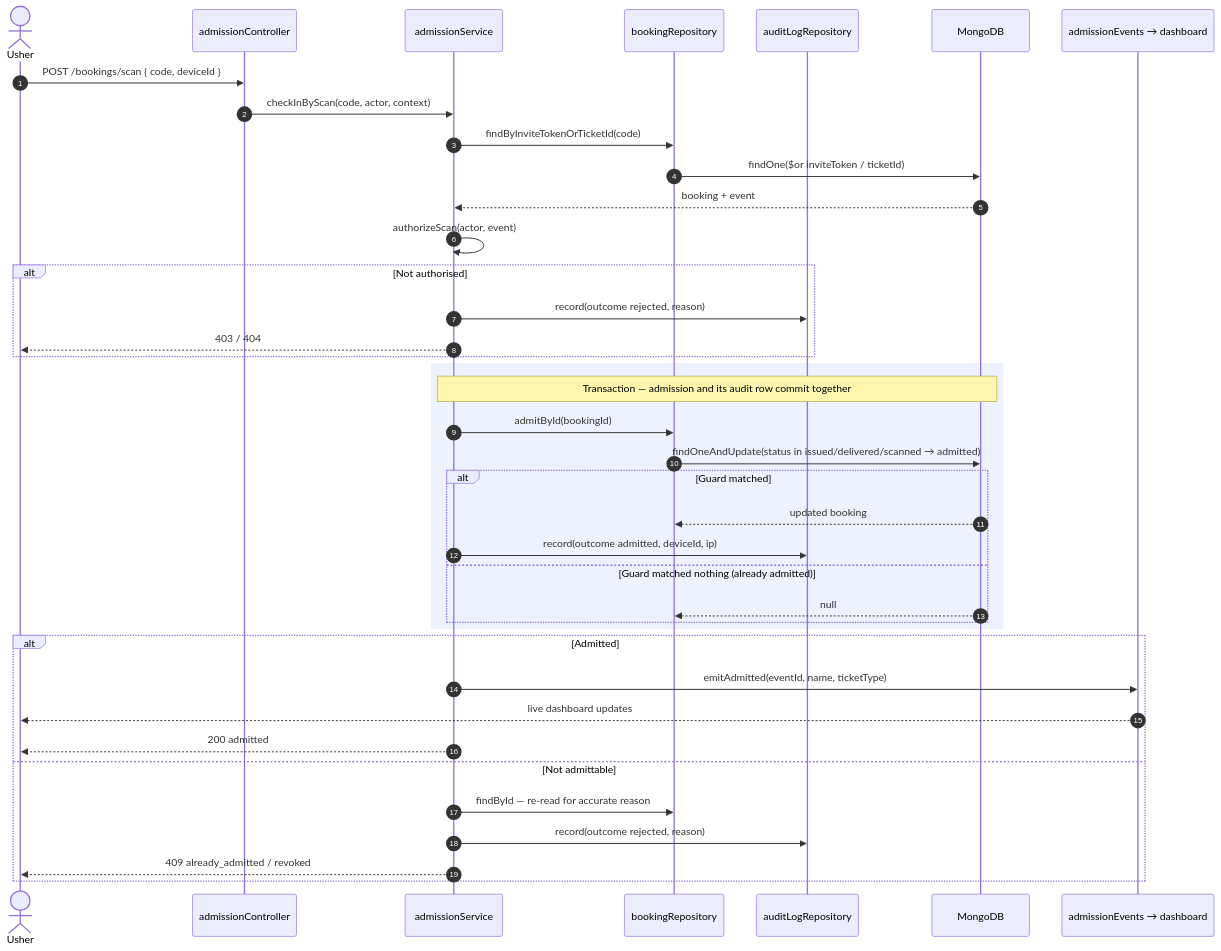
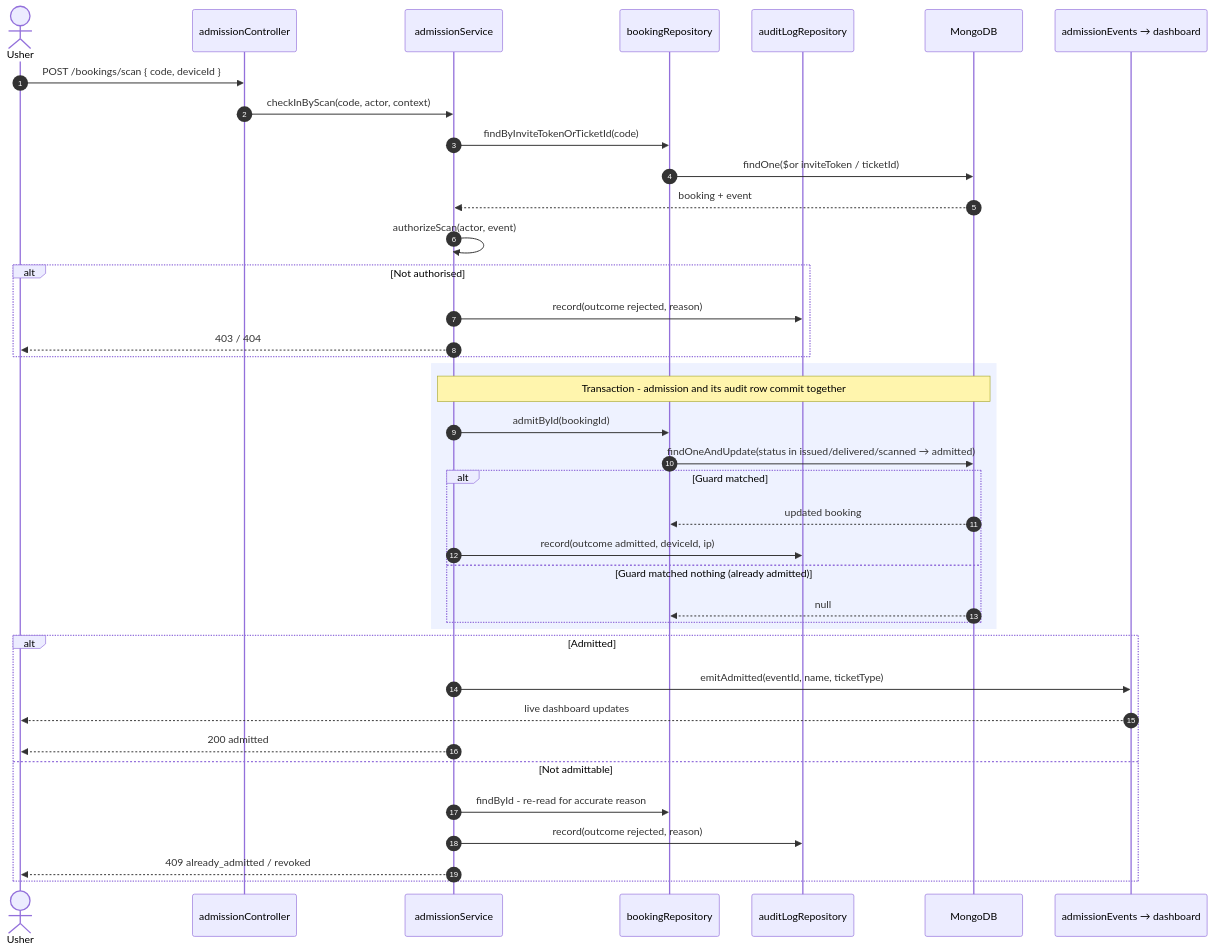
One commit to dLuxKid/ticketflow changed the third of 8 diagrams in docs/design-models.md. Above: the diagram before and after it, drawn with Mermaid. The commit also changed other lines of this file and 191 other files, not shown here.

````diff
--- a/docs/design-models.md
+++ b/docs/design-models.md
@@ -102,45 +102,45 @@
 ```mermaid
 sequenceDiagram
     autonumber
     actor U as Usher
     participant C as admissionController
     participant S as admissionService
     participant BR as bookingRepository
     participant AR as auditLogRepository
     participant DB as MongoDB
     participant SSE as admissionEvents → dashboard
 
     U->>C: POST /bookings/scan { code, deviceId }
     C->>S: checkInByScan(code, actor, context)
     S->>BR: findByInviteTokenOrTicketId(code)
     BR->>DB: findOne($or inviteToken / ticketId)
     DB-->>S: booking + event
 
     S->>S: authorizeScan(actor, event)
     alt Not authorised
         S->>AR: record(outcome rejected, reason)
         S-->>U: 403 / 404
     end
 
     rect rgb(238, 242, 255)
-        note over S,DB: Transaction — admission and its audit row commit together
+        note over S,DB: Transaction - admission and its audit row commit together
         S->>BR: admitById(bookingId)
         BR->>DB: findOneAndUpdate(status in issued/delivered/scanned → admitted)
         alt Guard matched
             DB-->>BR: updated booking
             S->>AR: record(outcome admitted, deviceId, ip)
         else Guard matched nothing (already admitted)
             DB-->>BR: null
         end
     end
 
     alt Admitted
         S->>SSE: emitAdmitted(eventId, name, ticketType)
         SSE-->>U: live dashboard updates
         S-->>U: 200 admitted
     else Not admittable
-        S->>BR: findById — re-read for accurate reason
+        S->>BR: findById - re-read for accurate reason
         S->>AR: record(outcome rejected, reason)
         S-->>U: 409 already_admitted / revoked
     end
 ```
````
